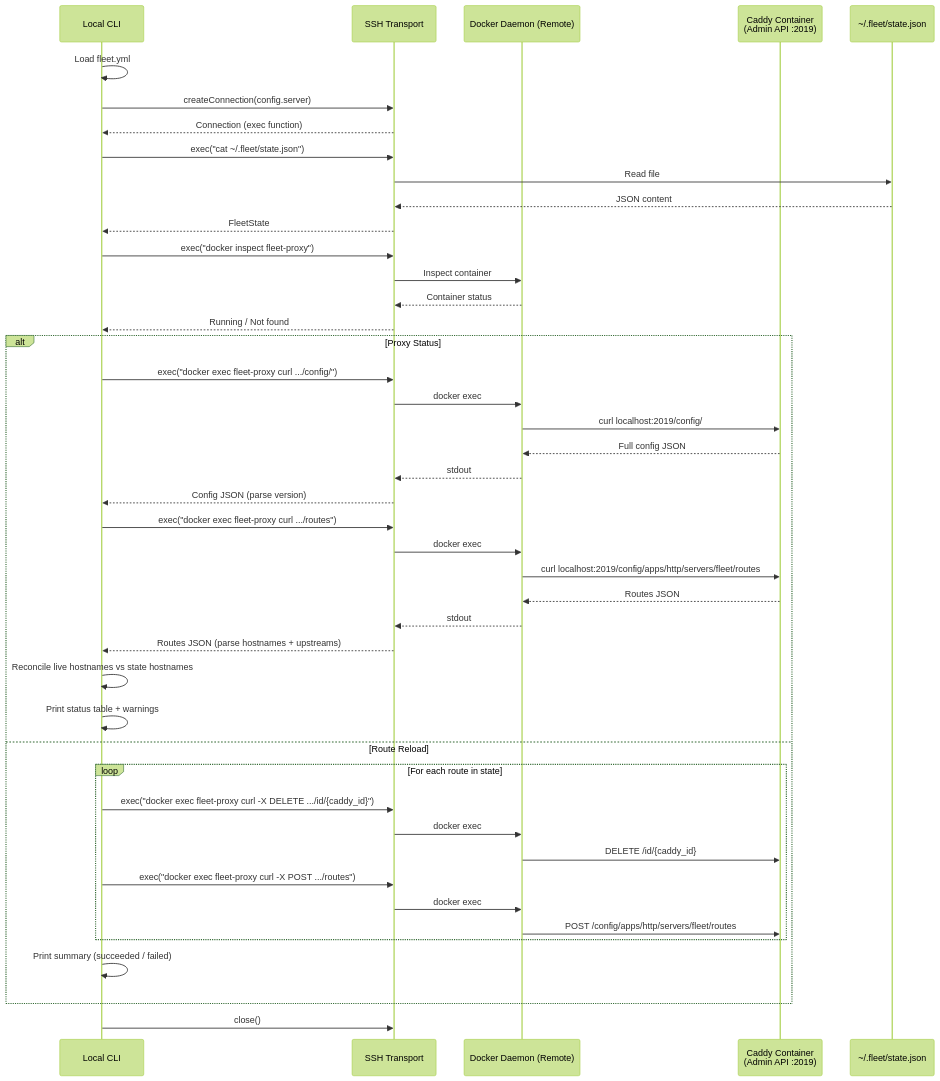
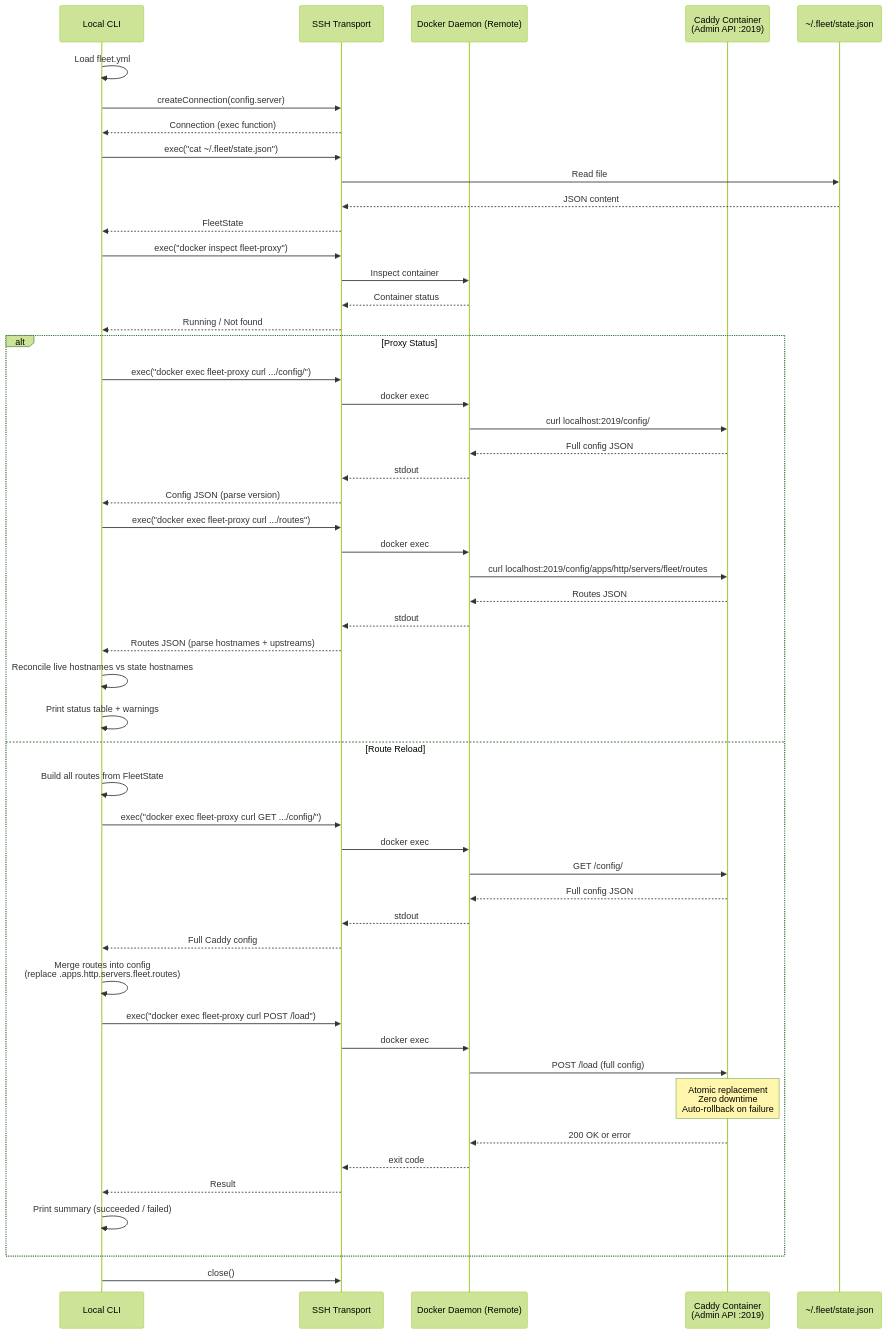
The first of 2 diagrams in docs/proxy-status-reload/overview.md (PatrickRuddiman/Fleet), drawn with Mermaid (forest theme) before and after one commit. The commit also changed other lines of this file and 95 other files, not shown here.

````diff
--- a/docs/proxy-status-reload/overview.md
+++ b/docs/proxy-status-reload/overview.md
@@ -43,54 +43,63 @@
 ```mermaid
 sequenceDiagram
     participant CLI as Local CLI
     participant SSH as SSH Transport
     participant Docker as Docker Daemon (Remote)
     participant Caddy as Caddy Container<br/>(Admin API :2019)
     participant State as ~/.fleet/state.json
 
     CLI->>CLI: Load fleet.yml
     CLI->>SSH: createConnection(config.server)
     SSH-->>CLI: Connection (exec function)
 
     CLI->>SSH: exec("cat ~/.fleet/state.json")
     SSH->>State: Read file
     State-->>SSH: JSON content
     SSH-->>CLI: FleetState
 
     CLI->>SSH: exec("docker inspect fleet-proxy")
     SSH->>Docker: Inspect container
     Docker-->>SSH: Container status
     SSH-->>CLI: Running / Not found
 
     alt Proxy Status
         CLI->>SSH: exec("docker exec fleet-proxy curl .../config/")
         SSH->>Docker: docker exec
         Docker->>Caddy: curl localhost:2019/config/
         Caddy-->>Docker: Full config JSON
         Docker-->>SSH: stdout
         SSH-->>CLI: Config JSON (parse version)
 
         CLI->>SSH: exec("docker exec fleet-proxy curl .../routes")
         SSH->>Docker: docker exec
         Docker->>Caddy: curl localhost:2019/config/apps/http/servers/fleet/routes
         Caddy-->>Docker: Routes JSON
         Docker-->>SSH: stdout
         SSH-->>CLI: Routes JSON (parse hostnames + upstreams)
 
         CLI->>CLI: Reconcile live hostnames vs state hostnames
         CLI->>CLI: Print status table + warnings
     else Route Reload
-        loop For each route in state
-            CLI->>SSH: exec("docker exec fleet-proxy curl -X DELETE .../id/{caddy_id}")
-            SSH->>Docker: docker exec
-            Docker->>Caddy: DELETE /id/{caddy_id}
+        CLI->>CLI: Build all routes from FleetState
+        CLI->>SSH: exec("docker exec fleet-proxy curl GET .../config/")
+        SSH->>Docker: docker exec
+        Docker->>Caddy: GET /config/
+        Caddy-->>Docker: Full config JSON
+        Docker-->>SSH: stdout
+        SSH-->>CLI: Full Caddy config
 
-            CLI->>SSH: exec("docker exec fleet-proxy curl -X POST .../routes")
-            SSH->>Docker: docker exec
-            Docker->>Caddy: POST /config/apps/http/servers/fleet/routes
-        end
+        CLI->>CLI: Merge routes into config<br/>(replace .apps.http.servers.fleet.routes)
+
+        CLI->>SSH: exec("docker exec fleet-proxy curl POST /load")
+        SSH->>Docker: docker exec
+        Docker->>Caddy: POST /load (full config)
+        Note over Caddy: Atomic replacement<br/>Zero downtime<br/>Auto-rollback on failure
+        Caddy-->>Docker: 200 OK or error
+        Docker-->>SSH: exit code
+        SSH-->>CLI: Result
+
         CLI->>CLI: Print summary (succeeded / failed)
     end
 
     CLI->>SSH: close()
 ```
````
